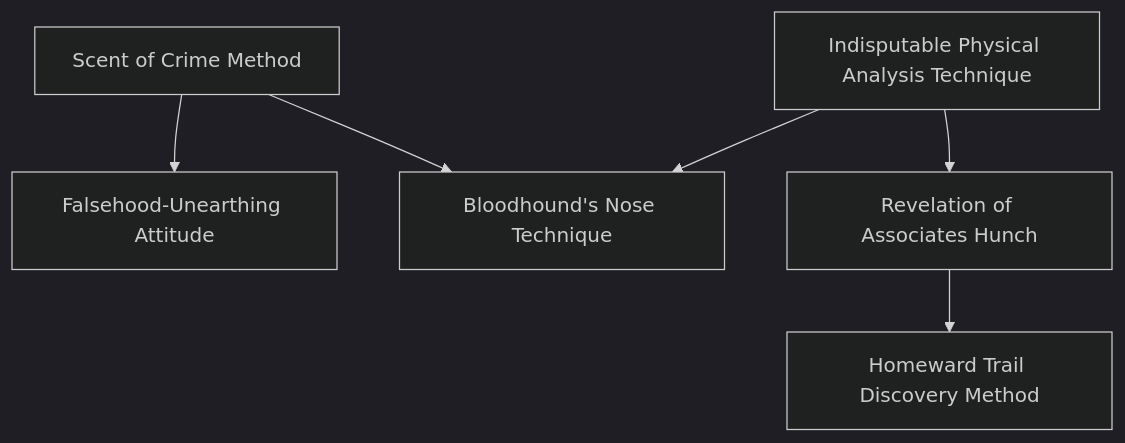
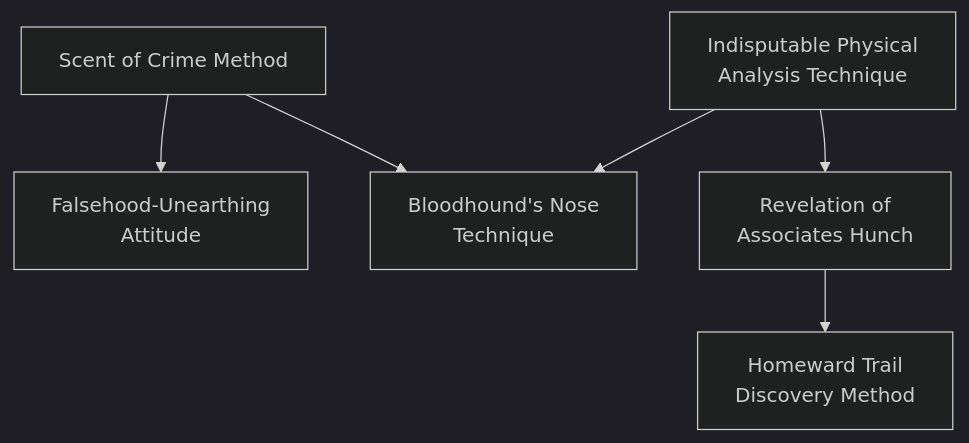
The diagram in docs/mermaid/dragon_blooded/water_investigation_2.mmd (jrobichaud/exalted-charms-1e), drawn with Mermaid before and after one commit. The commit also changed 14 other files, not shown here.

```diff
--- a/docs/mermaid/dragon_blooded/water_investigation_2.mmd
+++ b/docs/mermaid/dragon_blooded/water_investigation_2.mmd
@@ -1,164 +1,164 @@
 ---
 config:
   theme: dark
 ---
 flowchart TD
 
-    indisputable_physical_analysis_technique[Indisputable Physical Analysis Technique]
+    indisputable_physical_analysis_technique[Indisputable Physical<br>Analysis Technique]
     click indisputable_physical_analysis_technique callback "
         Indisputable Physical Analysis Technique<br>
         <br>
         Cost: 1 mote per two dice<br>
         Duration: Instant<br>
         Type: Supplemental<br>
         Minimum Investigation: 2<br>
         Minimum Essence: 1<br>
         Prerequisite Charms: None<br>
         <br>
         The magistrate or investigator with this Charm learns
         the myriad ways of the criminal; his eye is better able to
         connect seemingly disparate clues, and his intuition greatly
         improves. The character can improve his Investigation
         dice pool by two dice for every mote of Essence spent. The
         character cannot do more than double his Investigation
         Trait with this Charm, and he must pay the full motes of
         Essence even if he needs to raise a Trait by only one die.
         "
 
     scent_of_crime_method[Scent of Crime Method]
     click scent_of_crime_method callback "
         Scent of Crime Method<br>
         <br>
         Cost: 2 motes<br>
         Duration: One scene<br>
         Type: Simple<br>
         Minimum Investigation: 3<br>
         Minimum Essence: 1<br>
         Prerequisite Charms: None<br>
         <br>
         A good investigator quickly learns to discern the nervous
         habits, tics and mannerisms of people suffering under
         a load of guilt. Since most guilt is associated with a crime, the
         character becomes better able to discover a criminal among
         a group of people. After spending Essence, the character's
         player should make a Manipulation + Investigation roll. A
         success here will point the investigator to the character
         within eyesight currently suffering from the greatest load of
         guilt. This is purely subjective, of course, and mostly left in
         the hands of the Storyteller. Additionally, characters who
         commit heinous crimes without a shred of conscience might
         feel no guilt whatsoever from the acts they perform, making
         this Charm useless in finding them.
         "
 
-    falsehood_unearthing_attitude[Falsehood-Unearthing Attitude]
+    falsehood_unearthing_attitude[Falsehood-Unearthing<br>Attitude]
     scent_of_crime_method --> falsehood_unearthing_attitude
     click falsehood_unearthing_attitude callback "
         Falsehood-Unearthing Attitude<br>
         <br>
         Cost: 5 motes + 1 Willpower<br>
         Duration: One scene<br>
         Type: Simple<br>
         Minimum Investigation: 3<br>
         Minimum Essence: 2<br>
         Prerequisite Charms: Scent-of-Crime Method<br>
         <br>
         The Exalted's ability to sense dishonesty finally reaches
         supernatural levels when he learns this Charm. With it, he
         can ferret out false statements in conversation, helping
         him find the truth of a situation. This Charm does not
         detect evasions or half-truths; it only points out statements
         that the speaker knows to be false. The Exalted must pick
         a target and spend the Essence and Willpower necessary to
         activate this Charm; for the rest of the scene, falsehoods
         spoken by that target will trigger a tingling sensation on
         the back of the character's neck. If the target is aware of the
         scrutiny he is under, he may conceal lies by spending 1
         point of Willpower per statement. This Charm has no
         effect if the target's permanent Essence is equal to or higher
         than the Essence of the Exalt using this Charm.
         "
 
-    bloodhounds_nose_technique[Bloodhound's Nose Technique]
+    bloodhounds_nose_technique[Bloodhound's Nose<br>Technique]
     indisputable_physical_analysis_technique --> bloodhounds_nose_technique
     scent_of_crime_method --> bloodhounds_nose_technique
     click bloodhounds_nose_technique callback "
         Bloodhound's Nose Technique<br>
         <br>
         Cost: 6 motes, 1 Willpower<br>
         Duration: One scene<br>
         Type: Simple<br>
         Minimum Investigation: 4<br>
         Minimum Essence: 2<br>
         Prerequisite Charms: Indisputable Physical Analysis Technique, Scent-of-Crime Method<br>
         <br>
         The Exalted spends around 10 minutes walking around
         the scene of a crime (or any event he wishes to investigate);
         his player must then make an ordinary Investigation roll for
         the Dynast to find ordinary pieces of evidence (footprints,
         stray hairs, blood, etc.). This Charm uses a touch of sympathetic
         magic to trace that evidence back to its creator. Roll
         Intelligence + Investigation after spending the necessary
         Essence to activate the Charm. With one success, the character
         receives an impulse — a mild tugging — that pulls him
         in the direction of the culprit. With three or more successes,
         the character receives that impulse along with a fleeting
         glimpse of the culprit as he appeared at the time of the crime.
         "
 
-    revelation_of_associates_hunch[Revelation of Associates Hunch]
+    revelation_of_associates_hunch[Revelation of<br>Associates Hunch]
     indisputable_physical_analysis_technique --> revelation_of_associates_hunch
     click revelation_of_associates_hunch callback "
         Revelation of Associates Hunch<br>
         <br>
         Cost: 4 motes, 1 Willpower<br>
         Duration: Instant<br>
         Type: Simple<br>
         Minimum Investigation: 4<br>
         Minimum Essence: 2<br>
         Prerequisite Charms: Indisputable Physical Analysis Technique<br>
         <br>
         By simply meeting a person and coming within a few
         yards of him, the Exalted can sense the identities of his
         closest associates. Typically, these will be the character's
         family members, business associates and members of any
         sworn brotherhoods the Exalt belongs to, but they can also
         be characters delineated by certain Backgrounds. Roll
         Perception + Investigation; every success gives the name
         and one-sentence description of two of the target's compatriots
         or servants. Even if the roll fails, the Dragon-Blood
         will still learn information about one of the target's associates.
         Associates are revealed in roughly the following
         order: family members, members of sworn brotherhoods,
         allies, mentors, connections, henchmen; the Storyteller
         can change that order as he sees fit.
         "
 
-    homeward_trail_discovery_method[Homeward Trail Discovery Method]
+    homeward_trail_discovery_method[Homeward Trail<br>Discovery Method]
     revelation_of_associates_hunch --> homeward_trail_discovery_method
     click homeward_trail_discovery_method callback "
         Homeward Trail Discovery Method<br>
         <br>
         Cost: 5 motes, 1 Willpower<br>
         Duration: Instant<br>
         Type: Simple<br>
         Minimum Investigation: 5<br>
         Minimum Essence: 3<br>
         Prerequisite Charms: Revelation of Associates Hunch<br>
         <br>
         By simply meeting a person and coming within a few
         yards of him, the Exalted can determine the place that the
         person calls home. Usually, this is the character's primary
         residence, but in the case of the Dragon-Blooded, who
         might have several residences, it is the place that the
         subject truly considers to be his home. If the subject has
         any dots in the Manse Background, the Charm is almost
         certain to point directly at his Manse of primary residence.
         If the subject or one of his allies is a sorcerer, his home may
         be warded against such divinations. In that case, this
         Charm will point to another of the character's residences.
         The Charm will only identify a building, not a particular
         apartment or room within that building — and in the case
         of longtime travelers or the impoverished, the Charm will
         simply indicate that the subject has no true home.
         "
```
